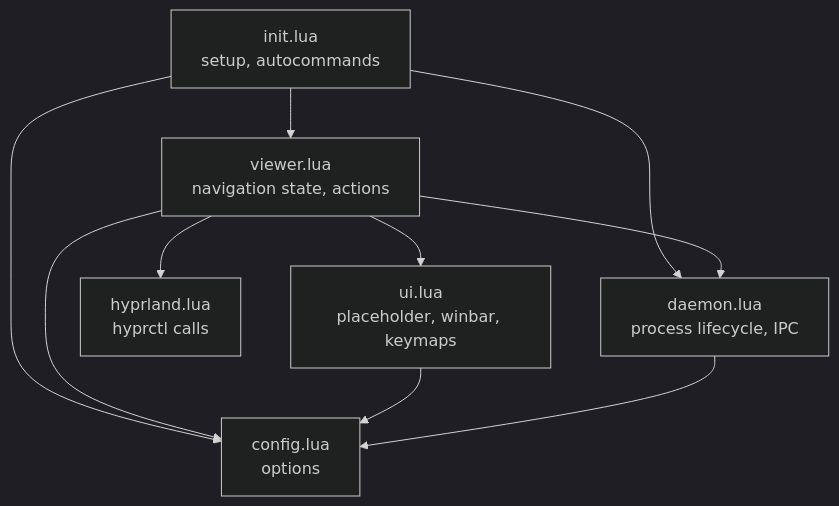
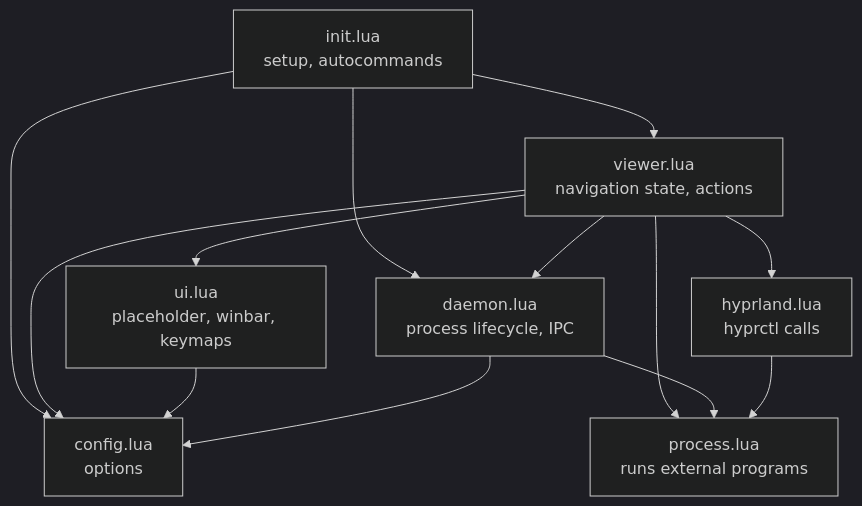
Before and after one commit to YacineIdir/quickpdf.nvim: the fourth of 4 diagrams in docs/architecture.md, drawn with Mermaid (dark theme). The commit also changed other lines of this file and 47 other files, not shown here.

````diff
--- a/docs/architecture.md
+++ b/docs/architecture.md
@@ -75,15 +80,18 @@
 ```mermaid
 flowchart TD
     %% Arrows point from a module to the modules it requires
     init[init.lua<br/>setup, autocommands] --> viewer
     init --> config
     init --> daemon
     viewer[viewer.lua<br/>navigation state, actions] --> ui
     viewer --> daemon
     viewer --> hyprland
     viewer --> config
+    viewer --> process
     ui[ui.lua<br/>placeholder, winbar, keymaps] --> config
     daemon[daemon.lua<br/>process lifecycle, IPC] --> config
-    hyprland[hyprland.lua<br/>hyprctl calls]
+    daemon --> process
+    hyprland[hyprland.lua<br/>hyprctl calls] --> process
     config[config.lua<br/>options]
+    process[process.lua<br/>runs external programs]
 ```
````
